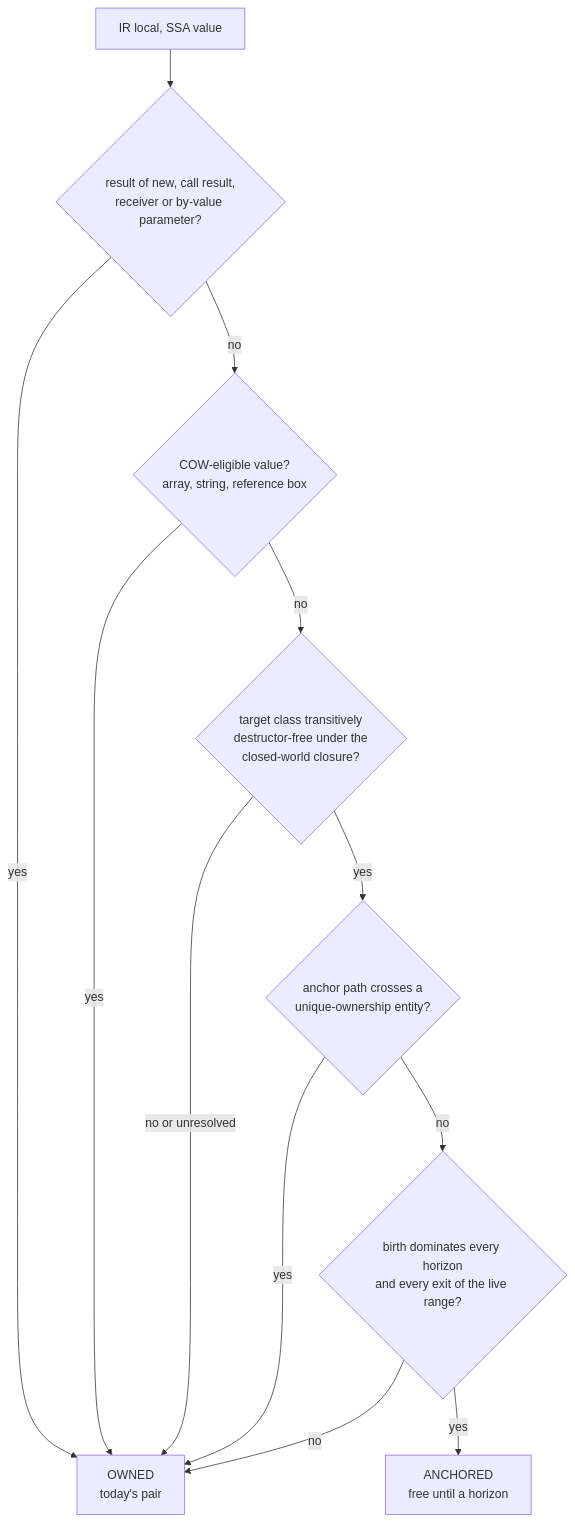
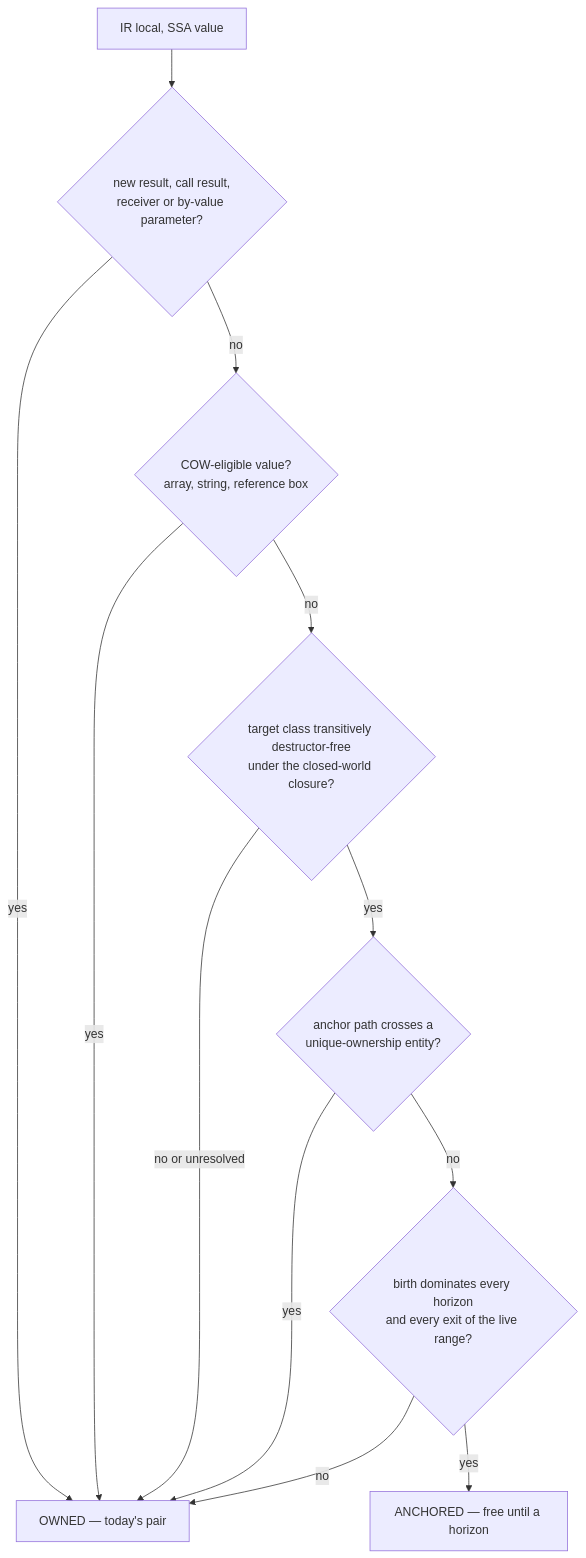
One commit to limelight-lang/model changed the first of 3 diagrams in dev/design/proof-horizon-lowering.md. Above: the diagram before and after it, drawn with Mermaid. The commit also changed other lines of this file and 1 other file, not shown here.

Commit message:
dev: fix mermaid labels in the proof-horizon reading aids
Literal newlines inside node and edge labels do not parse; quoted
single-line labels with <br/> do.

````diff
--- a/dev/design/proof-horizon-lowering.md
+++ b/dev/design/proof-horizon-lowering.md
@@ -27,22 +27,14 @@
 ```mermaid
 flowchart TD
-    L[IR local, SSA value] --> N{result of new, call result,
-receiver or by-value parameter?}
-    N -->|yes| O[OWNED
-today's pair]
-    N -->|no| C{COW-eligible value?
-array, string, reference box}
+    L["IR local, SSA value"] --> N{"new result, call result,<br/>receiver or by-value parameter?"}
+    N -->|yes| O["OWNED — today's pair"]
+    N -->|no| C{"COW-eligible value?<br/>array, string, reference box"}
     C -->|yes| O
-    C -->|no| D{target class transitively
-destructor-free under the
-closed-world closure?}
+    C -->|no| D{"target class transitively destructor-free<br/>under the closed-world closure?"}
     D -->|no or unresolved| O
-    D -->|yes| U{anchor path crosses a
-unique-ownership entity?}
+    D -->|yes| U{"anchor path crosses a<br/>unique-ownership entity?"}
     U -->|yes| O
-    U -->|no| B{birth dominates every horizon
-and every exit of the live range?}
+    U -->|no| B{"birth dominates every horizon<br/>and every exit of the live range?"}
     B -->|no| O
-    B -->|yes| A[ANCHORED
-free until a horizon]
+    B -->|yes| A["ANCHORED — free until a horizon"]
 ```
````
